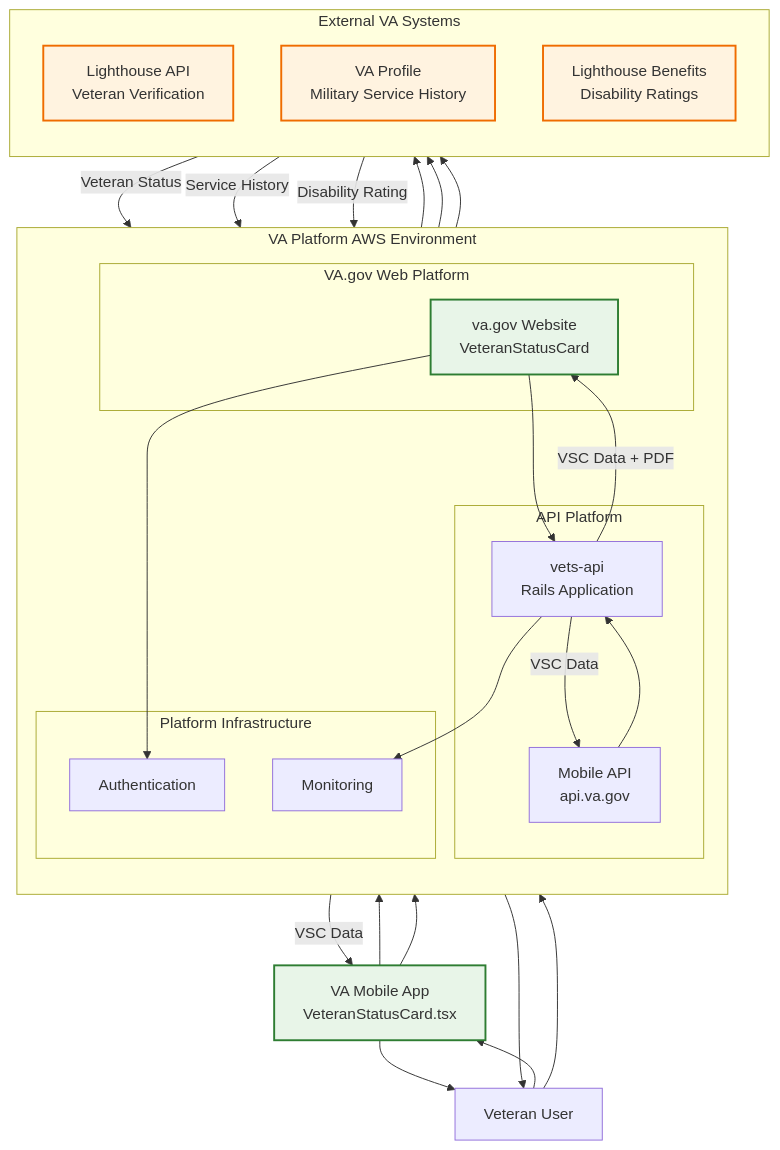
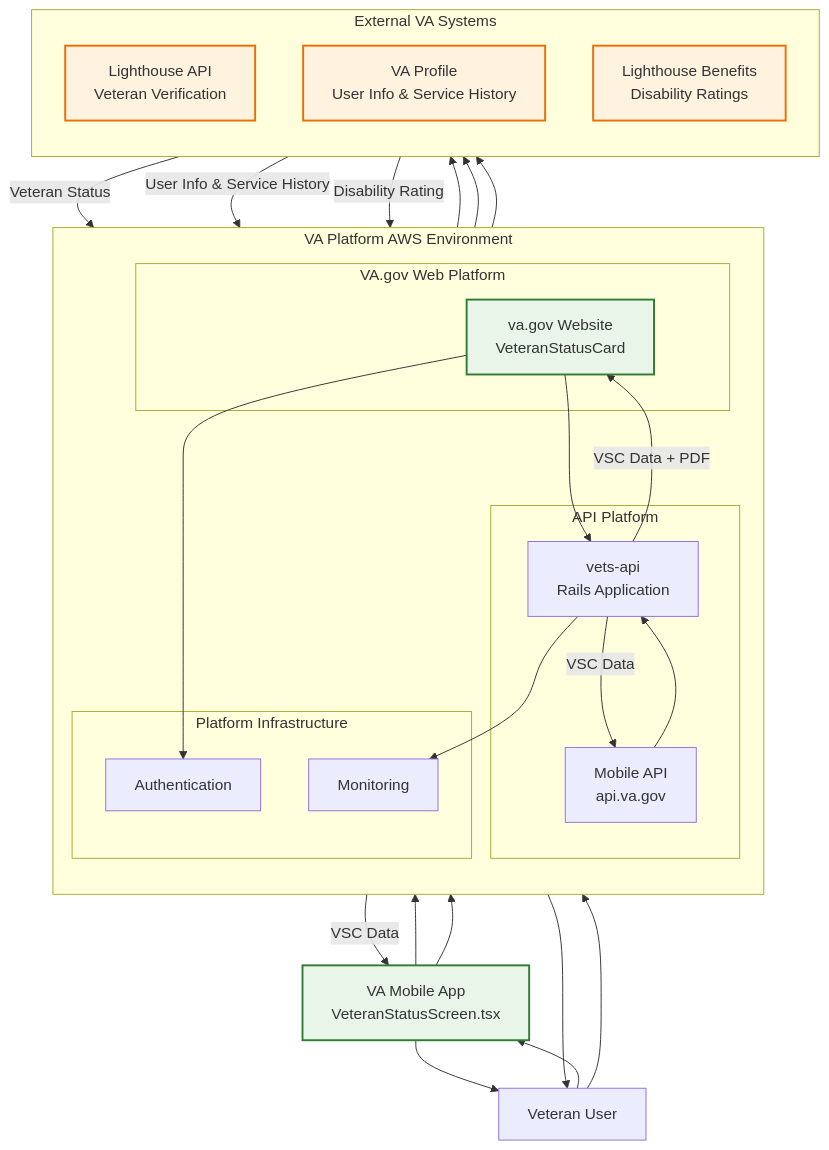
The diagram in mermaid/projects/platform_security/Data_Flow_Diagram.mmd (department-of-veterans-affairs/va-mobile-feature-support), drawn with Mermaid before and after one commit. The commit also changed 1 other file, not shown here.

Commit message:
Update the diagram to reflect profile pulling names

```diff
--- a/mermaid/projects/platform_security/Data_Flow_Diagram.mmd
+++ b/mermaid/projects/platform_security/Data_Flow_Diagram.mmd
@@ -1,77 +1,77 @@
 graph TD
     %% External Users and Devices
     Veteran[Veteran User]
-    MobileApp[VA Mobile App<br/>VeteranStatusCard.tsx]
+    MobileApp[VA Mobile App<br/>VeteranStatusScreen.tsx]
     
     %% VA Platform AWS Environment Boundary
     subgraph "VA Platform AWS Environment"
         direction TB
         
         %% Web Platform
         subgraph "VA.gov Web Platform"
             WebApp[va.gov Website<br/>VeteranStatusCard]
         end
         
         %% API Platform  
         subgraph "API Platform"
             MobileAPI[Mobile API<br/>api.va.gov]
             VetsAPI[vets-api<br/>Rails Application]
         end
         
         %% Platform Services
         subgraph "Platform Infrastructure"
             Auth[Authentication]
             Monitoring[Monitoring]
         end
     end
     
     %% External VA Systems
     subgraph "External VA Systems"
         direction TB
         Lighthouse[Lighthouse API<br/>Veteran Verification]
-        VAProfile[VA Profile<br/>Military Service History]
+        VAProfile[VA Profile<br/>User Info & Service History]
         DisabilityAPI[Lighthouse Benefits<br/>Disability Ratings]
     end
     
     %% User Interactions
     Veteran --> WebApp
     Veteran --> MobileApp
     
     %% Platform Flows
     WebApp --> VetsAPI
     MobileApp --> MobileAPI
     MobileAPI --> VetsAPI
     
     %% Authentication
     WebApp --> Auth
     MobileApp --> Auth
     
     %% External Data Collection
     VetsAPI --> Lighthouse
     VetsAPI --> VAProfile  
     VetsAPI --> DisabilityAPI
     
     %% Data Returns
     Lighthouse -->|Veteran Status| VetsAPI
-    VAProfile -->|Service History| VetsAPI
+    VAProfile -->|User Info & Service History| VetsAPI
     DisabilityAPI -->|Disability Rating| VetsAPI
     
     %% Response to Users
     VetsAPI -->|VSC Data + PDF| WebApp
     VetsAPI -->|VSC Data| MobileAPI
     MobileAPI -->|VSC Data| MobileApp
     
     %% Monitoring
     VetsAPI --> Monitoring
     
     %% Final Display
     WebApp --> Veteran
     MobileApp --> Veteran
     
     %% Styling
     classDef platformBoundary fill:#e1f5fe,stroke:#01579b,stroke-width:3px
     classDef externalSystem fill:#fff3e0,stroke:#ef6c00,stroke-width:2px
     classDef mfsComponent fill:#e8f5e8,stroke:#2e7d32,stroke-width:2px
     
     class WebApp,MobileApp mfsComponent
     class Lighthouse,VAProfile,DisabilityAPI externalSystem
```
